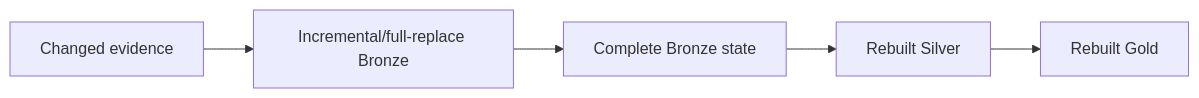
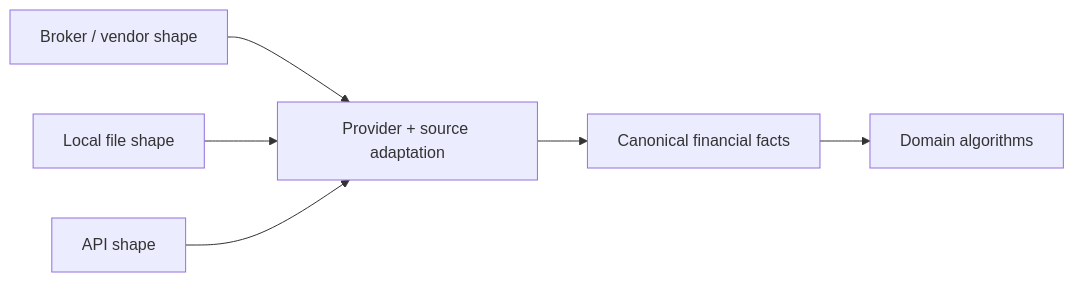
Before and after one commit to tks18/personal-finance-etl: the fourth of 5 diagrams in docs/developer/development-guide.md, drawn with Mermaid. The commit also changed other lines of this file and 8 other files, not shown here.

````diff
--- a/docs/developer/development-guide.md
+++ b/docs/developer/development-guide.md
@@ -149,7 +209,14 @@
 ```mermaid
 flowchart LR
-    SRC[Changed evidence] --> BR[Incremental/full-replace Bronze]
-    BR --> FULL[Complete Bronze state]
-    FULL --> S[Rebuilt Silver]
-    S --> G[Rebuilt Gold]
+    V1[Broker / vendor shape]
+    V2[Local file shape]
+    V3[API shape]
+    ADAPT[Provider + source adaptation]
+    CAN[Canonical financial facts]
+    DOM[Domain algorithms]
+
+    V1 --> ADAPT
+    V2 --> ADAPT
+    V3 --> ADAPT
+    ADAPT --> CAN --> DOM
 ```
````
